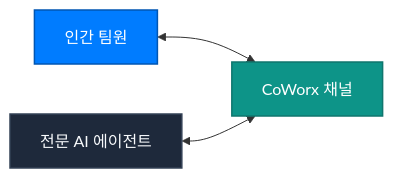
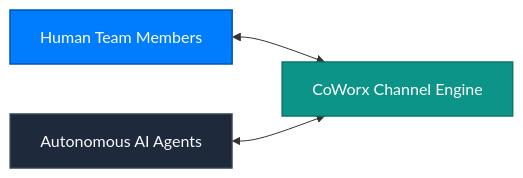
Before and after one commit to Connex-Brothers-Consulting-Group/cbcg-hs-connex-docs: the diagram in guide/coworx/manual.mdx, drawn with Mermaid. The commit also changed other lines of this file and 30 other files, not shown here.

````diff
--- a/guide/coworx/manual.mdx
+++ b/guide/coworx/manual.mdx
@@ -9,9 +9,9 @@
 ```mermaid
 graph LR
     classDef primary fill:#007CFF,stroke:#0056B3,stroke-width:1.5px,color:#FFFFFF;
     classDef enterprise fill:#1E293B,stroke:#334155,stroke-width:1.5px,color:#F8FAFC;
     classDef accent fill:#0D9488,stroke:#0F766E,stroke-width:1.5px,color:#FFFFFF;
 
-    Team["인간 팀원"]:::primary <--> Hub["CoWorx 채널"]:::accent
-    Agent["전문 AI 에이전트"]:::enterprise <--> Hub
+    Team["Human Team Members"]:::primary <--> Hub["CoWorx Channel Engine"]:::accent
+    Agent["Autonomous AI Agents"]:::enterprise <--> Hub
 ```
````
